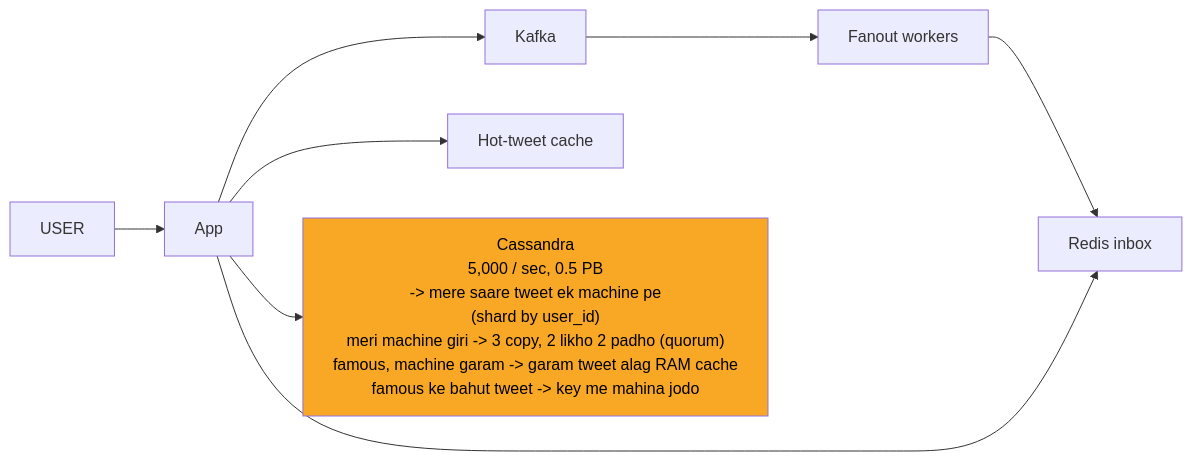
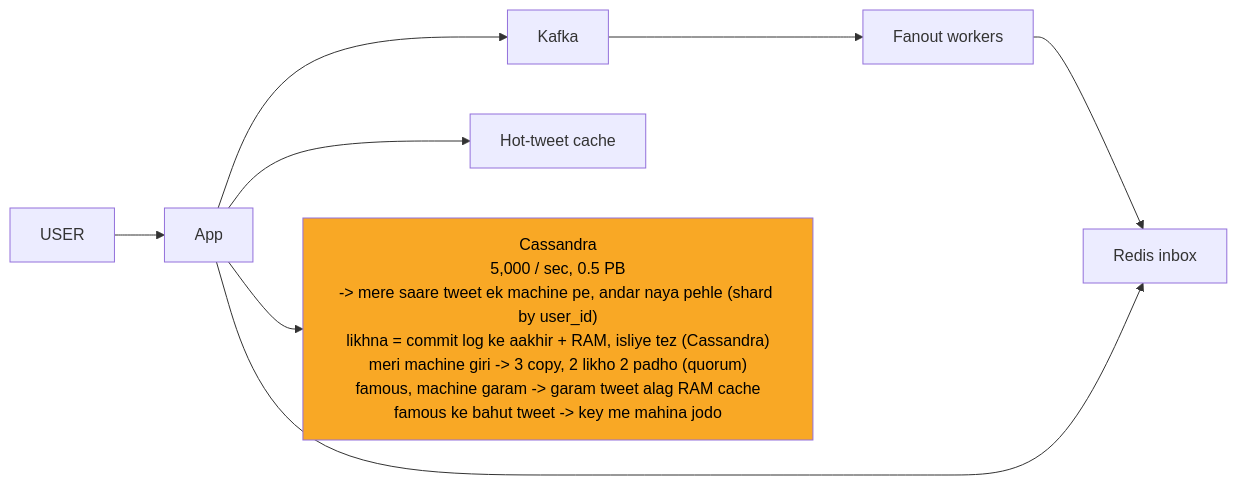
One commit to ArpanMaheshwari144/Prep changed the seventh of 12 diagrams in 04_HLD/SYSTEM_DESIGNS/03_twitter_feed/03_twitter_feed.md. Above: the diagram before and after it, drawn with Mermaid. The commit also changed other lines of this file and 13 other files, not shown here.

````diff
--- a/04_HLD/SYSTEM_DESIGNS/03_twitter_feed/03_twitter_feed.md
+++ b/04_HLD/SYSTEM_DESIGNS/03_twitter_feed/03_twitter_feed.md
@@ -307,19 +311,19 @@
 ```mermaid
 %%{init: {"flowchart": {"wrappingWidth": 450}}}%%
 flowchart LR
     n_USER["USER"]
     n_App["App"]
     n_Kafka["Kafka"]
     n_Fanout_workers["Fanout workers"]
     n_Redis_inbox["Redis inbox"]
     n_Hot_tweet_cache["Hot-tweet cache"]
-    n_Cassandra["Cassandra<br/>5,000 / sec, 0.5 PB<br/>-> mere saare tweet ek machine pe<br/>(shard by user_id)<br/>meri machine giri -> 3 copy, 2 likho 2 padho (quorum)<br/>famous, machine garam -> garam tweet alag RAM cache<br/>famous ke bahut tweet -> key me mahina jodo"]
+    n_Cassandra["Cassandra<br/>5,000 / sec, 0.5 PB<br/>-> mere saare tweet ek machine pe, andar naya pehle (shard by user_id)<br/>likhna = commit log ke aakhir + RAM, isliye tez (Cassandra)<br/>meri machine giri -> 3 copy, 2 likho 2 padho (quorum)<br/>famous, machine garam -> garam tweet alag RAM cache<br/>famous ke bahut tweet -> key me mahina jodo"]
     n_USER --> n_App
     n_App --> n_Kafka
     n_App --> n_Hot_tweet_cache
     n_App --> n_Cassandra
     n_Kafka --> n_Fanout_workers
     n_Fanout_workers --> n_Redis_inbox
     n_App --> n_Redis_inbox
     style n_Cassandra fill:#f9a825,color:#000
 ```
````
